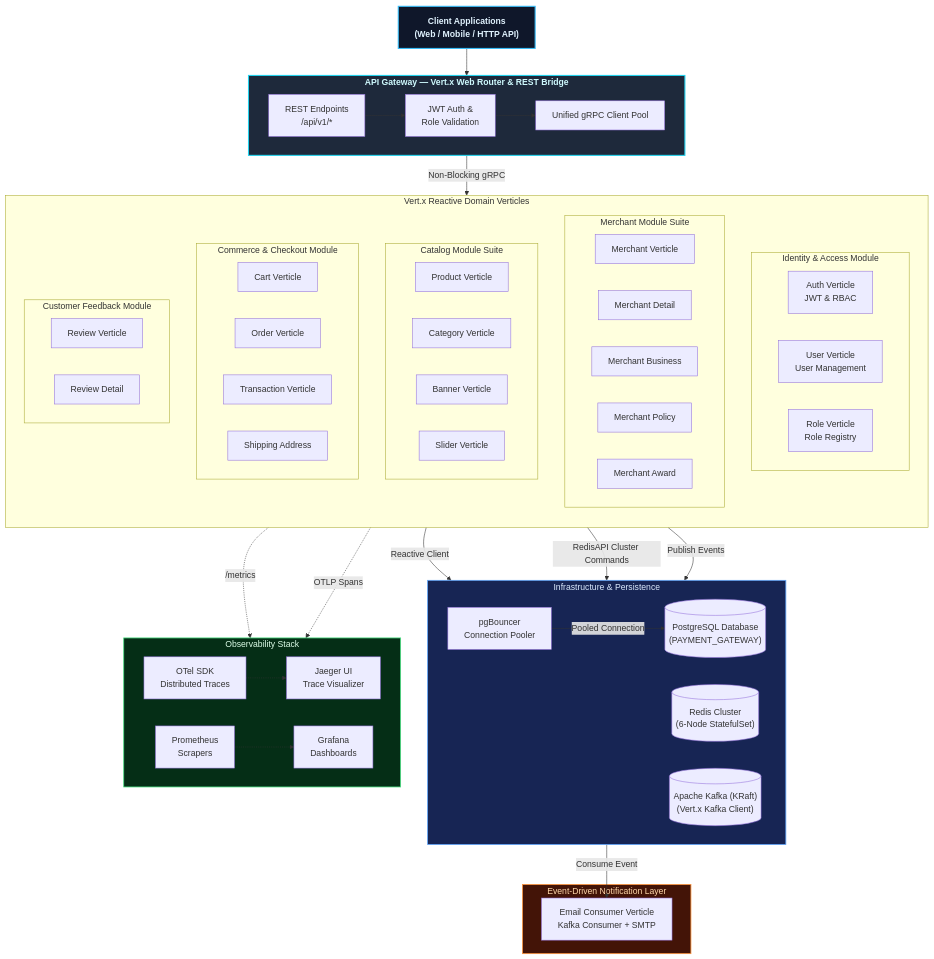
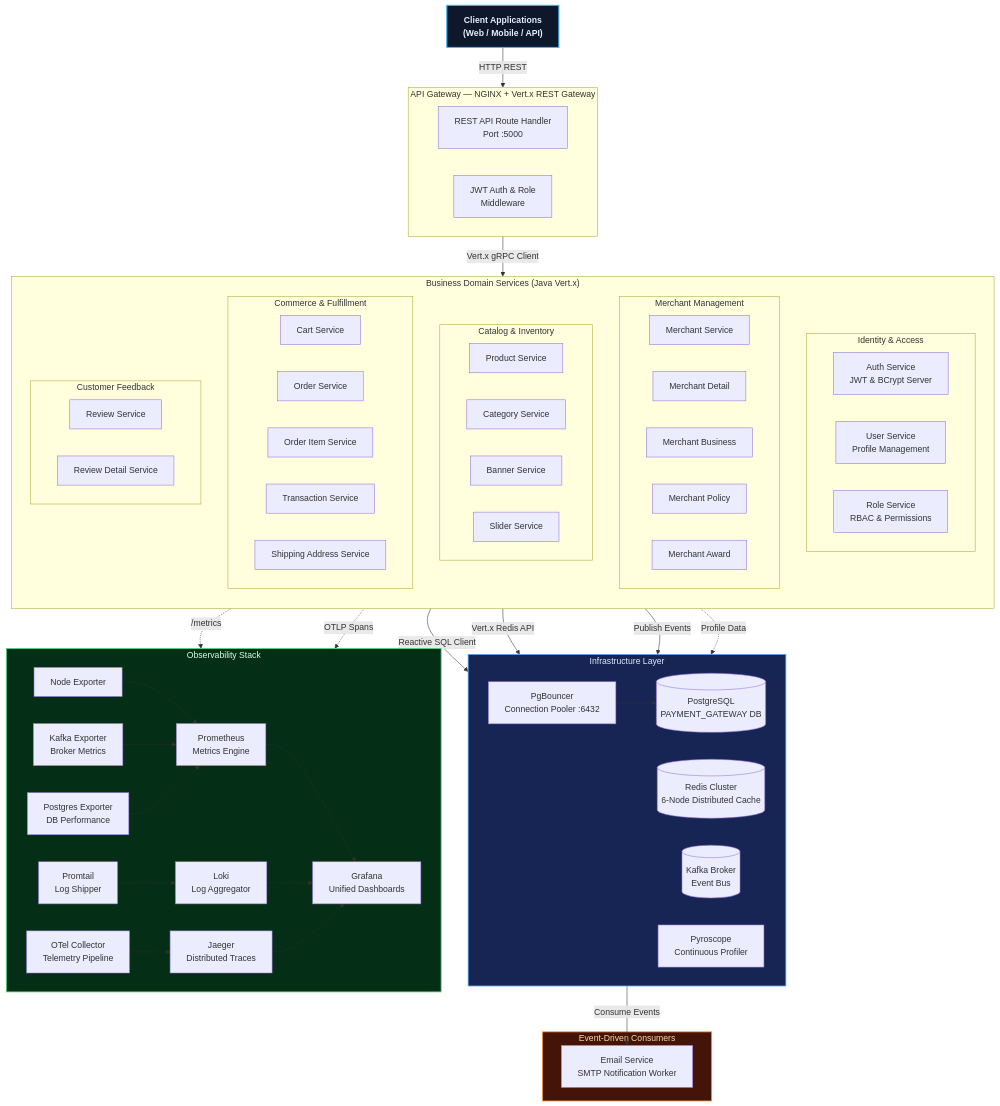
Before and after one commit to MamangRust/modular-monolith-vertx-ecommerce: the first of 7 diagrams in README.md, drawn with Mermaid. The commit also changed other lines of this file, not shown here.

Commit message:
docs: update README with expanded architectural documentation and service matrix

````diff
--- a/README.md
+++ b/README.md
@@ -42,92 +47,103 @@
     classDef obs fill:#052e16,stroke:#4ade80,color:#dcfce7,stroke-width:1.5px
     classDef event fill:#431407,stroke:#fb923c,color:#fed7aa,stroke-width:1.5px
 
-    Client["Client Applications<br/>(Web / Mobile / HTTP API)"]:::client
+    Client["Client Applications<br/>(Web / Mobile / API)"]:::client
 
-    subgraph APIGateway["API Gateway — Vert.x Web Router & REST Bridge"]
+    subgraph APIGateway["API Gateway — NGINX + Vert.x REST Gateway"]
         direction LR
-        REST["REST Endpoints<br/>/api/v1/*"]
-        JWT["JWT Auth &<br/>Role Validation"]
-        ClientPool["Unified gRPC Client Pool"]
+        REST["REST API Route Handler<br/>Port :5000"]
+        AuthMW["JWT Auth & Role<br/>Middleware"]
     end
     class APIGateway gateway
 
-    Client --> REST
-    REST --> JWT
-    JWT --> ClientPool
+    Client -->|HTTP REST| APIGateway
 
-    subgraph BusinessServices["Vert.x Reactive Domain Verticles"]
+    subgraph BusinessServices["Business Domain Services (Java Vert.x)"]
         direction TB
 
-        subgraph IdentityDomain["Identity & Access Module"]
-            AUTH["Auth Verticle<br/>JWT & RBAC"]
-            USER["User Verticle<br/>User Management"]
-            ROLE["Role Verticle<br/>Role Registry"]
+        subgraph IdentityDomain["Identity & Access"]
+            AUTH["Auth Service<br/>JWT & BCrypt Server"]
+            USER["User Service<br/>Profile Management"]
+            ROLE["Role Service<br/>RBAC & Permissions"]
         end
 
-        subgraph MerchantDomain["Merchant Module Suite"]
-            MERCH["Merchant Verticle"]
+        subgraph MerchantDomain["Merchant Management"]
+            MERCH["Merchant Service"]
             MDETAIL["Merchant Detail"]
             MBIZ["Merchant Business"]
             MPOL["Merchant Policy"]
             MAWARD["Merchant Award"]
         end
 
-        subgraph CatalogDomain["Catalog Module Suite"]
-            PROD["Product Verticle"]
-            CAT["Category Verticle"]
-            BANNER["Banner Verticle"]
-            SLIDER["Slider Verticle"]
+        subgraph CatalogDomain["Catalog & Inventory"]
+            PROD["Product Service"]
+            CAT["Category Service"]
+            BANNER["Banner Service"]
+            SLIDER["Slider Service"]
         end
 
-        subgraph CommerceDomain["Commerce & Checkout Module"]
-            CART["Cart Verticle"]
-            ORDER["Order Verticle"]
-            TXN["Transaction Verticle"]
-            SHIP["Shipping Address"]
+        subgraph CommerceDomain["Commerce & Fulfillment"]
+            CART["Cart Service"]
+            ORDER["Order Service"]
+            OITEM["Order Item Service"]
+            TXN["Transaction Service"]
+            SHIP["Shipping Address Service"]
         end
 
-        subgraph FeedbackDomain["Customer Feedback Module"]
-            REVIEW["Review Verticle"]
-            RDETAIL["Review Detail"]
+        subgraph FeedbackDomain["Customer Feedback"]
+            REVIEW["Review Service"]
+            RDETAIL["Review Detail Service"]
         end
     end
     class BusinessServices domain
 
-    ClientPool -->|"Non-Blocking gRPC"| BusinessServices
+    APIGateway -->|"Vert.x gRPC Client"| BusinessServices
 
-    subgraph Infrastructure["Infrastructure & Persistence"]
+    subgraph Infrastructure["Infrastructure Layer"]
         direction LR
-        BOUNCER["pgBouncer<br/>Connection Pooler"]
-        PG[("PostgreSQL Database<br/>(PAYMENT_GATEWAY)")]
-        REDIS[("Redis Cluster<br/>(6-Node StatefulSet)")]
-        KAFKA[("Apache Kafka (KRaft)<br/>(Vert.x Kafka Client)")]
+        PGBOUNCER["PgBouncer<br/>Connection Pooler :6432"]
+        PG[("PostgreSQL<br/>PAYMENT_GATEWAY DB")]
+        REDIS[("Redis Cluster<br/>6-Node Distributed Cache")]
+        KAFKA[("Kafka Broker<br/>Event Bus")]
+        PYRO["Pyroscope<br/>Continuous Profiler"]
     end
     class Infrastructure infra
 
-    BusinessServices -->|"Reactive Client"| BOUNCER
-    BOUNCER -->|"Pooled Connection"| PG
-    BusinessServices -->|"RedisAPI Cluster Commands"| REDIS
+    BusinessServices -->|"Reactive SQL Client"| PGBOUNCER
+    PGBOUNCER --> PG
+    BusinessServices -->|"Vert.x Redis API"| REDIS
     BusinessServices -->|"Publish Events"| KAFKA
+    BusinessServices -.->|"Profile Data"| PYRO
 
-    subgraph EventConsumers["Event-Driven Notification Layer"]
-        EMAIL["Email Consumer Verticle<br/>Kafka Consumer + SMTP"]
+    subgraph EventConsumers["Event-Driven Consumers"]
+        EMAIL["Email Service<br/>SMTP Notification Worker"]
     end
     class EventConsumers event
 
-    KAFKA -->|"Consume Event"| EMAIL
+    KAFKA -->|"Consume Events"| EMAIL
 
     subgraph Observability["Observability Stack"]
         direction LR
-        PROM["Prometheus<br/>Scrapers"]
-        OTEL["OTel SDK<br/>Distributed Traces"]
-        JAEGER["Jaeger UI<br/>Trace Visualizer"]
-        GRAFANA["Grafana<br/>Dashboards"]
+        PROM["Prometheus<br/>Metrics Engine"]
+        LOKI["Loki<br/>Log Aggregator"]
+        JAEGER["Jaeger<br/>Distributed Traces"]
+        GRAFANA["Grafana<br/>Unified Dashboards"]
+        OTEL["OTel Collector<br/>Telemetry Pipeline"]
+        PROMTAIL["Promtail<br/>Log Shipper"]
+        NODEX["Node Exporter"]
+        KAFKAX["Kafka Exporter<br/>Broker Metrics"]
+        PGX["Postgres Exporter<br/>DB Performance"]
     end
     class Observability obs
 
     BusinessServices -.->|"/metrics"| PROM
     BusinessServices -.->|"OTLP Spans"| OTEL
     OTEL -.-> JAEGER
+    PROMTAIL -.-> LOKI
+    NODEX -.-> PROM
+    KAFKAX -.-> PROM
+    PGX -.-> PROM
     PROM -.-> GRAFANA
+    LOKI -.-> GRAFANA
+    JAEGER -.-> GRAFANA
 ```
````
